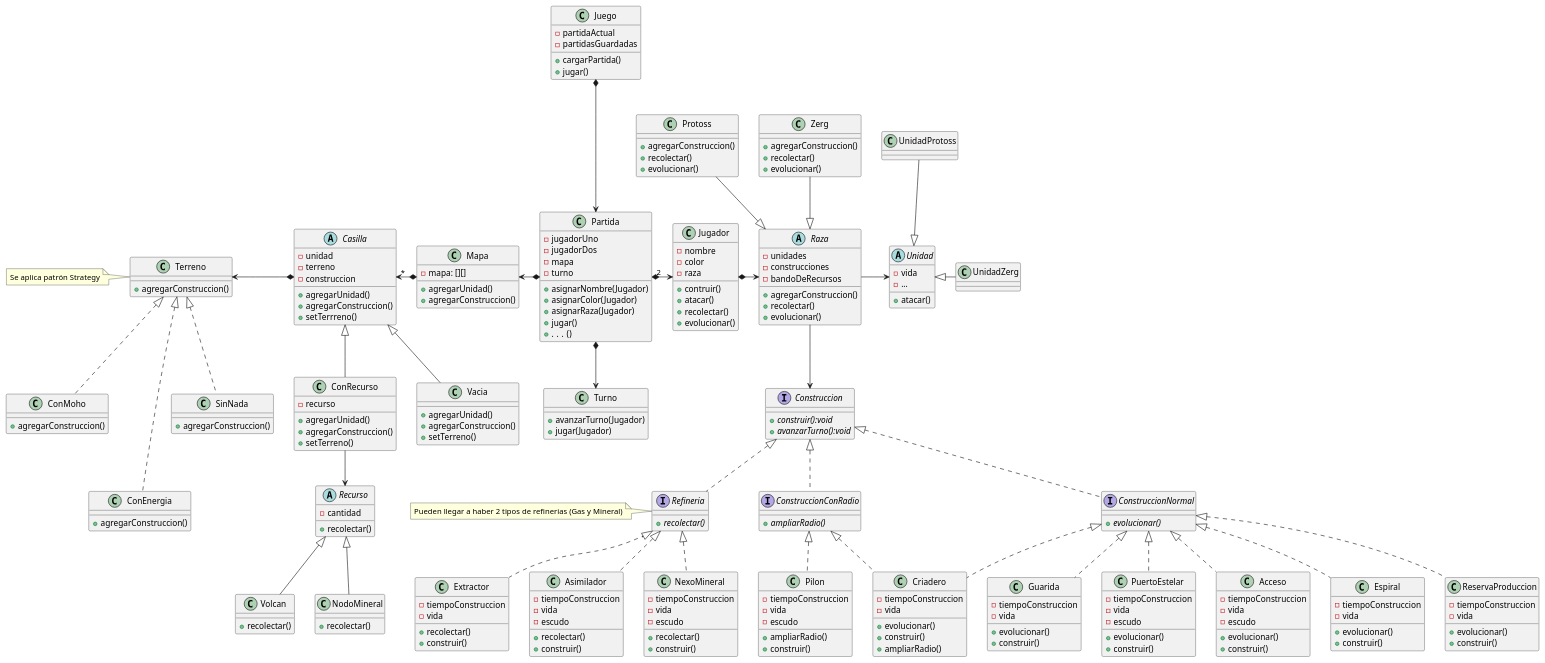
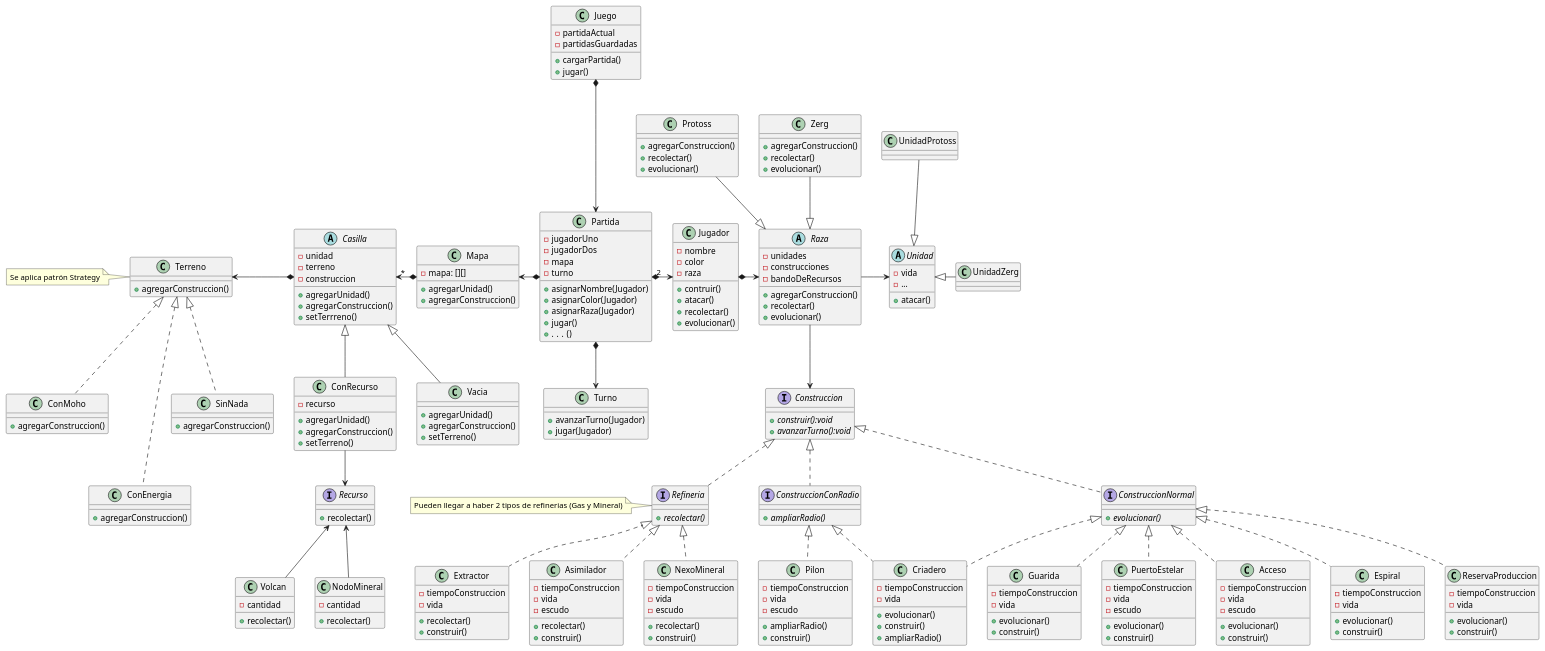
One commit to GiaWong/Algo3_TP2_2C2022 changed the diagram in diagrams/classes/ModeloGeneralVersion02.puml. Above: the diagram before and after it, drawn with PlantUML. The commit also changed 6 other files, not shown here.

```diff
--- a/diagrams/classes/ModeloGeneralVersion02.puml
+++ b/diagrams/classes/ModeloGeneralVersion02.puml
@@ -219,16 +219,17 @@
     + agregarConstruccion()
 }
 
-abstract class Recurso {
+interface Recurso {
+    + recolectar()
+}
+
+class Volcan {
     - cantidad
     + recolectar()
 }
 
-class Volcan {
-    + recolectar()
-}
-
 class NodoMineral {
+    - cantidad
     + recolectar()
 }
 
@@ -288,8 +289,8 @@
 
 
 ConRecurso --> Recurso
-Recurso <|-- Volcan
-Recurso <|-- NodoMineral
+Recurso <-- Volcan
+Recurso <-- NodoMineral
 
 
 
```
